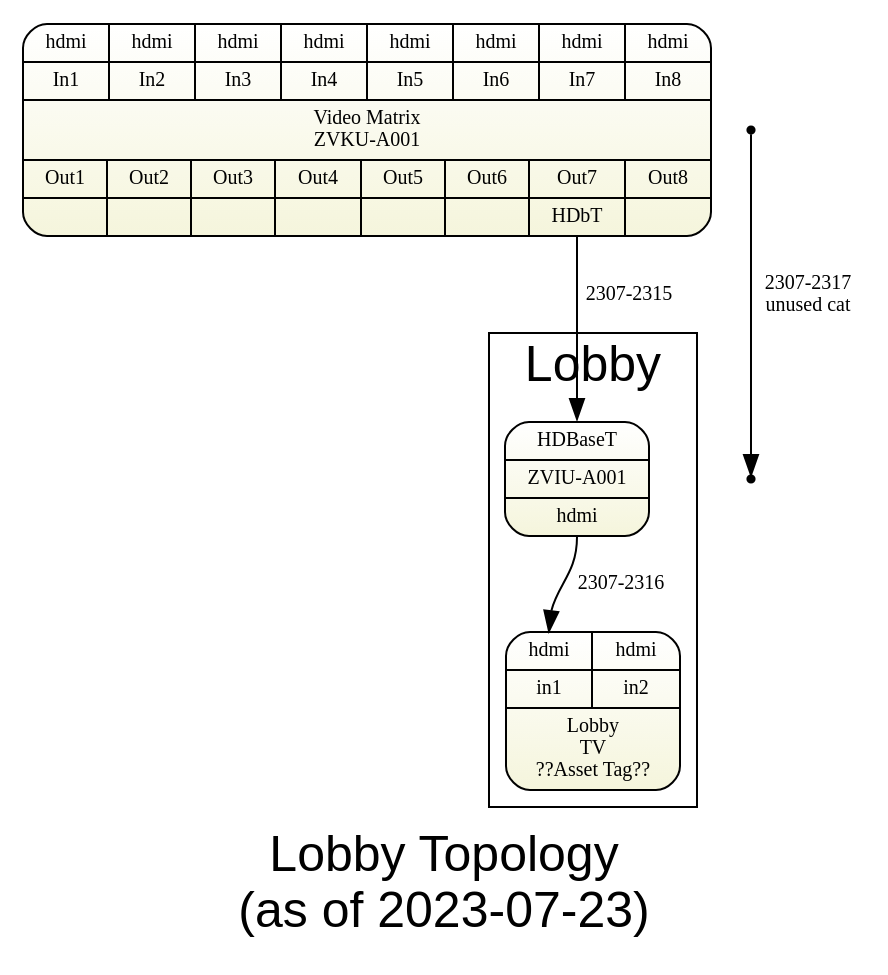
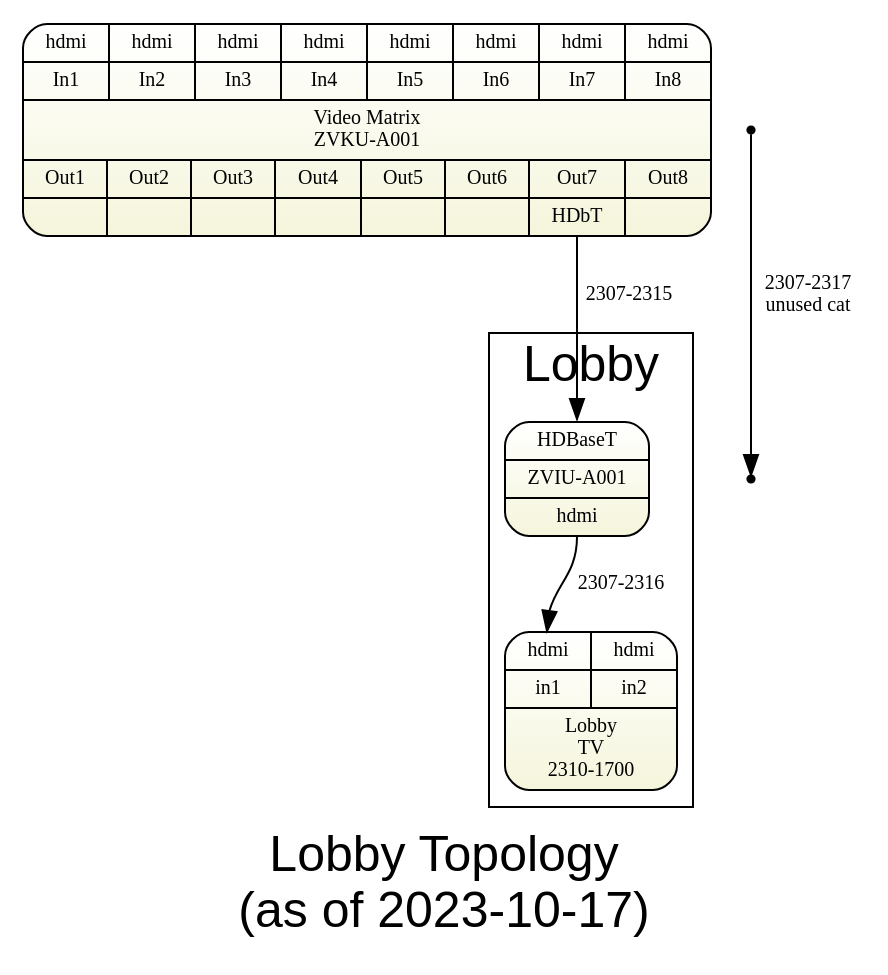
One commit to avmaint/uactechdoc changed the diagram in gv/sdv-topology3-lobby.gv. Above: the diagram before and after it, drawn with Graphviz. The commit also changed 4 other files, not shown here.

```diff
--- a/gv/sdv-topology3-lobby.gv
+++ b/gv/sdv-topology3-lobby.gv
@@ -1,30 +1,28 @@
 digraph lobby { 
 graph [overlap = true, fontsize = 25, rankdir=TB
-      label="Lobby Topology\n(as of 2023-07-23)",
+      label="Lobby Topology\n(as of 2023-10-17)",
       fontname = Helvetica]
  
 node [shape=Mrecord, style=filled , fillcolor="white:beige" ,fontsize = 10, 
       gradientangle=270]
 pswitch [label="{
   {{<i1>hdmi|In1}|{<i2>hdmi|In2}|{<i3>hdmi|In3}|{<i4>hdmi|In4}|{<i5>hdmi|In5}|{<i6>hdmi|In6}|{<i7>hdmi|In7}|{<i8>hdmi|In8}}
   |{Video Matrix\nZVKU-A001}|
   {{Out1|<o1>}|{Out2|<o2>}|{Out3|<o3>}|{Out4|<o4>}|
    {Out5|<o5>}|{Out6|<o6>}|{Out7|<o7>HDbT}|{Out8|<o8> }}  
   }"]
   
 node [  tooltip="" ]
 
 subgraph cluster_lobby { label="Lobby" 
   c62hdmi1   [label="{<i>HDBaseT|ZVIU-A001|<o>hdmi}", tooltip="In lobby"]
-  lobbytv  [label="{ {{<i1>hdmi|in1} | {<i2>hdmi|in2}}|Lobby\nTV\n??Asset Tag??}"]
+  lobbytv  [label="{ {{<i1>hdmi|in1} | {<i2>hdmi|in2}}|Lobby\nTV\n2310-1700}"]
 }
 
 pswitch:o7 -> c62hdmi1:i [label="2307-2315" fontsize=10  ]
 c62hdmi1:o -> lobbytv:i1 [label="2307-2316" fontsize=10  ]
 
 p1 [shape=point]
 p2 [shape=point]
 p1->p2 [label="2307-2317\nunused cat" fontsize=10]
-
-
 }
```
